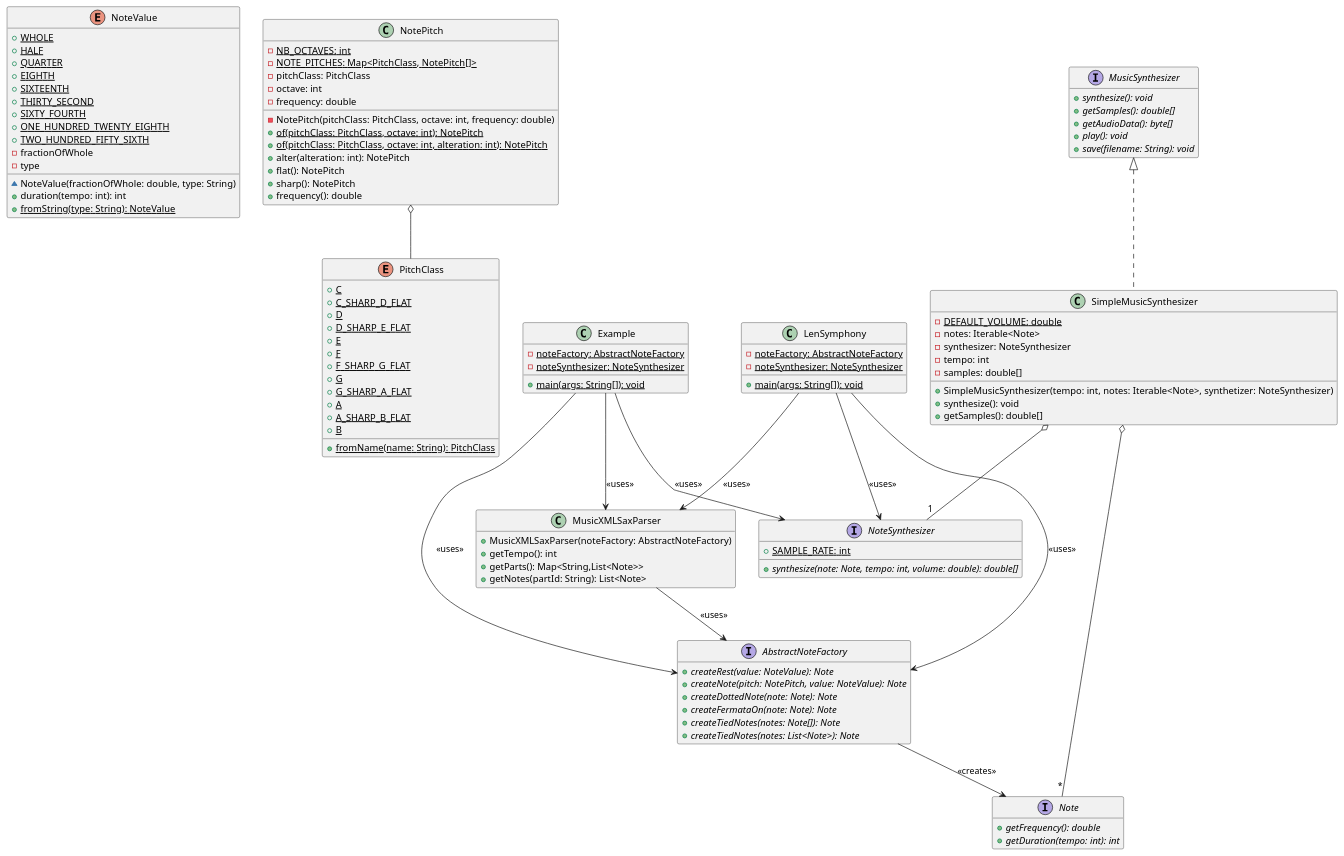
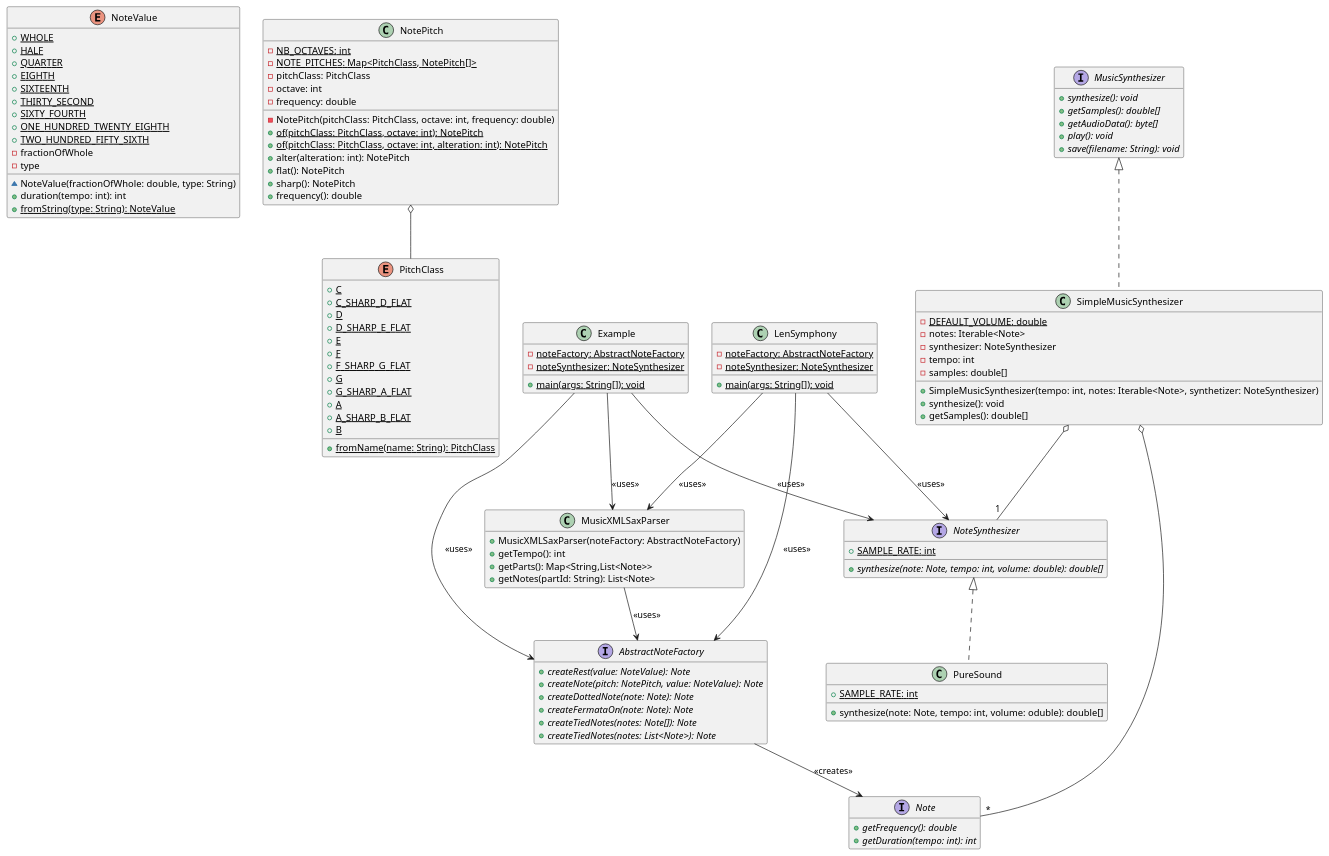
The diagram in README.md (Zrid02/LenSymphony), drawn with PlantUML before and after one commit. The commit also changed 1 other file, not shown here.

Commit message:
implementation de generation du son pur

```diff
--- a/README.md
+++ b/README.md
@@ -106,6 +106,11 @@
     + {abstract} synthesize(note: Note, tempo: int, volume: double): double[]
 }
 
+class PureSound implements NoteSynthesizer{
+    + {static} SAMPLE_RATE: int
+    + synthesize(note: Note, tempo: int, volume: oduble): double[]
+}
+
 interface MusicSynthesizer {
     + {abstract} synthesize(): void
     + {abstract} getSamples(): double[]
```
